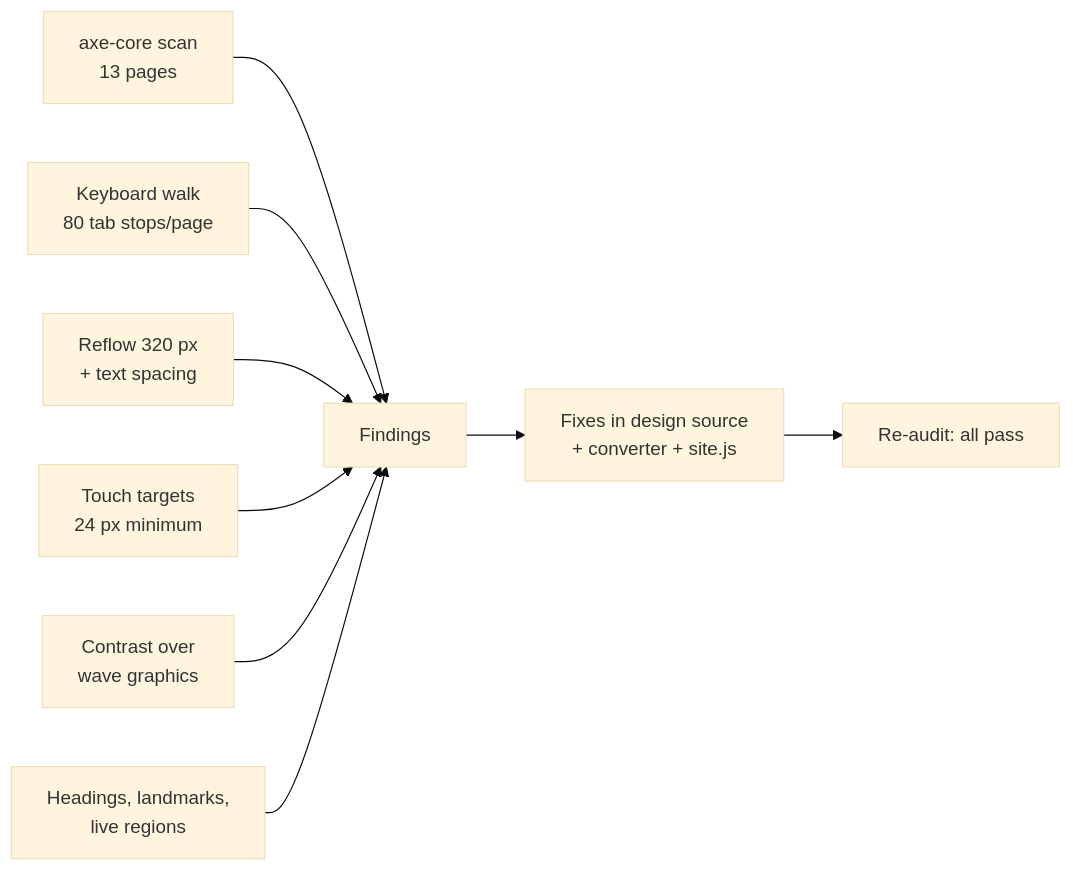
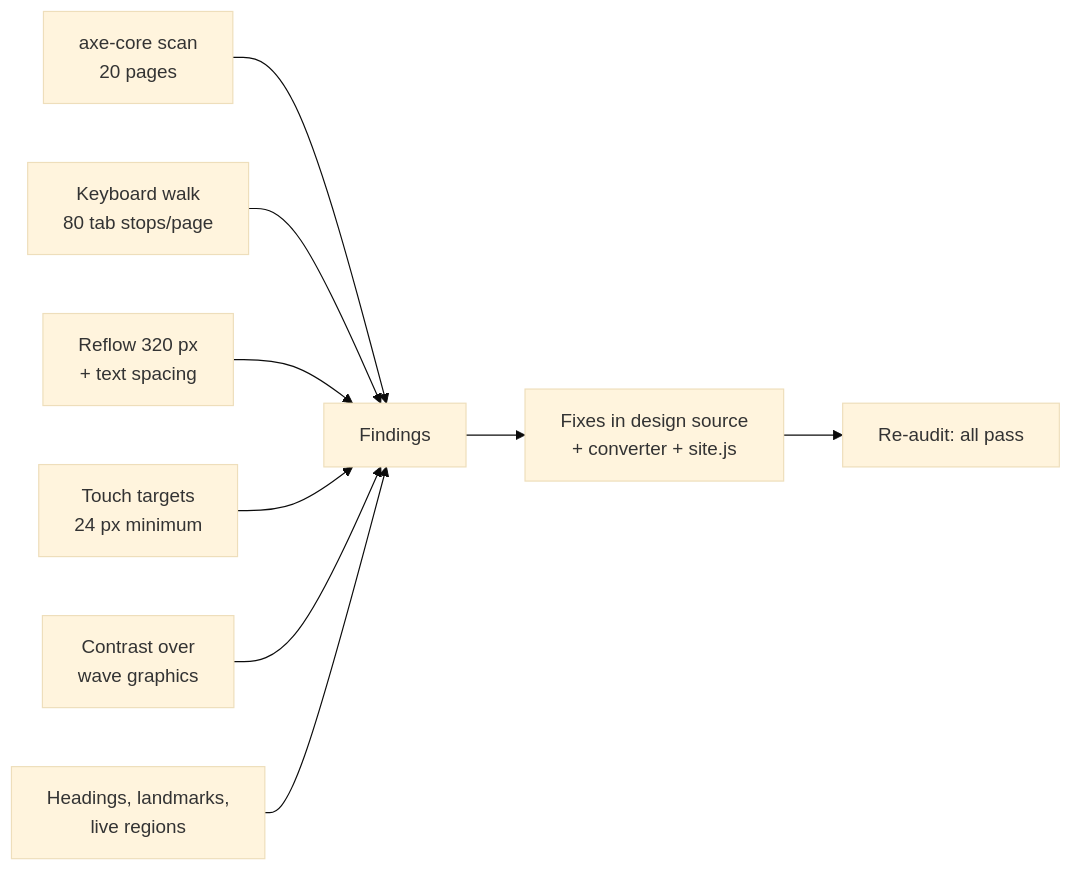
One commit to CptNope/Alpha-Preclinical changed the diagram in docs/accessibility-audit.md. Above: the diagram before and after it, drawn with Mermaid (base theme). The commit also changed other lines of this file and 39 other files, not shown here.

````diff
--- a/docs/accessibility-audit.md
+++ b/docs/accessibility-audit.md
@@ -21,11 +21,11 @@
 ```mermaid
 flowchart LR
-    A["axe-core scan<br/>13 pages"] --> R["Findings"]
+    A["axe-core scan<br/>20 pages"] --> R["Findings"]
     B["Keyboard walk<br/>80 tab stops/page"] --> R
     C["Reflow 320 px<br/>+ text spacing"] --> R
     D["Touch targets<br/>24 px minimum"] --> R
     E["Contrast over<br/>wave graphics"] --> R
     F["Headings, landmarks,<br/>live regions"] --> R
     R --> X["Fixes in design source<br/>+ converter + site.js"]
     X --> V["Re-audit: all pass"]
 ```
````
